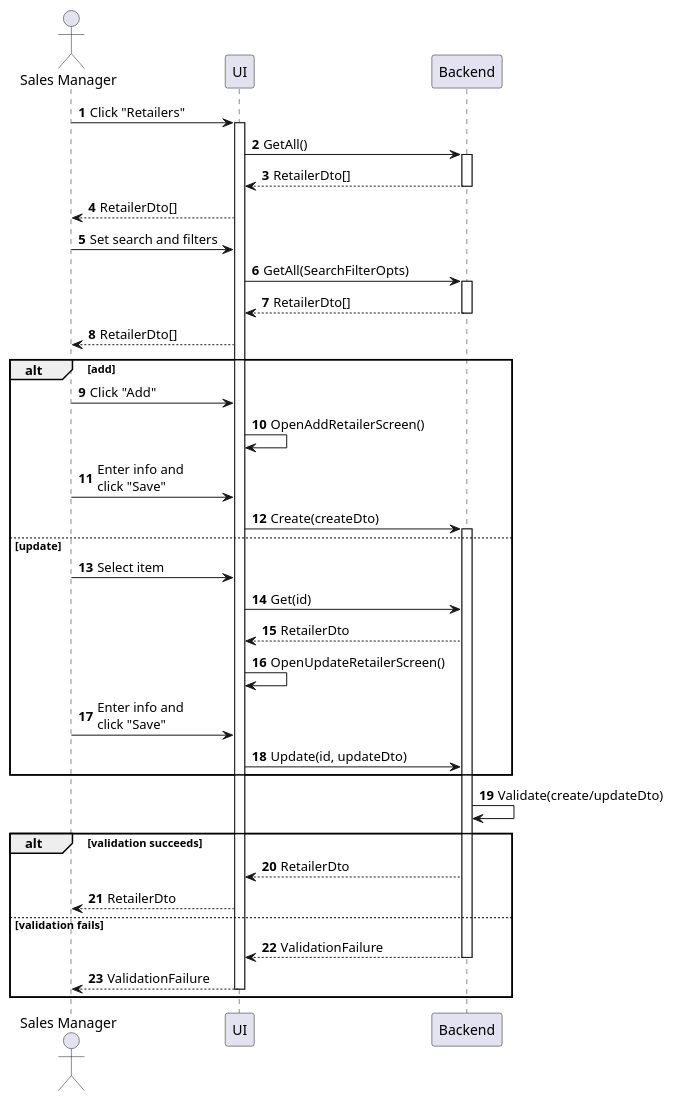
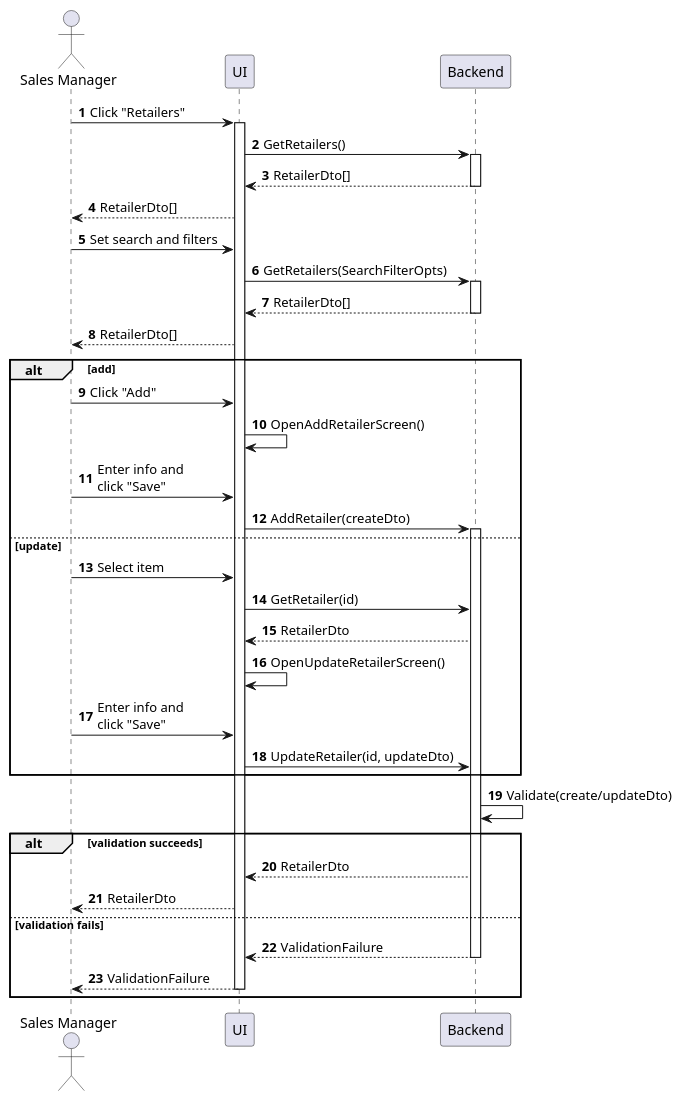
One commit to phihungha/scmss-reqs changed the diagram in sequences/retailer-manage.plantuml. Above: the diagram before and after it, drawn with PlantUML. The commit also changed 1 other file, not shown here.

```diff
--- a/sequences/retailer-manage.plantuml
+++ b/sequences/retailer-manage.plantuml
@@ -1,44 +1,44 @@
 @startuml retailer-manage
 autonumber
 
 actor "Sales Manager" as a
 participant UI as f
 participant Backend as b
 
 a -> f : Click "Retailers"
 activate f
-f -> b : GetAll()
+f -> b : GetRetailers()
 activate b
 return RetailerDto[]
 f --> a : RetailerDto[]
 a -> f : Set search and filters
-f -> b : GetAll(SearchFilterOpts)
+f -> b : GetRetailers(SearchFilterOpts)
 activate b
 return RetailerDto[]
 f --> a : RetailerDto[]
 
 alt add
     a -> f : Click "Add"
     f -> f : OpenAddRetailerScreen()
     a -> f : Enter info and\nclick "Save"
-    f -> b : Create(createDto)
+    f -> b : AddRetailer(createDto)
     activate b
 else update
     a -> f : Select item
-    f -> b : Get(id)
+    f -> b : GetRetailer(id)
     b --> f : RetailerDto
     f -> f : OpenUpdateRetailerScreen()
     a -> f : Enter info and\nclick "Save"
-    f -> b : Update(id, updateDto)
+    f -> b : UpdateRetailer(id, updateDto)
 end
 
 b -> b : Validate(create/updateDto)
 
 alt validation succeeds
     b --> f : RetailerDto
     f --> a : RetailerDto
 else validation fails
     return ValidationFailure
     return ValidationFailure
 end
 @enduml
```
